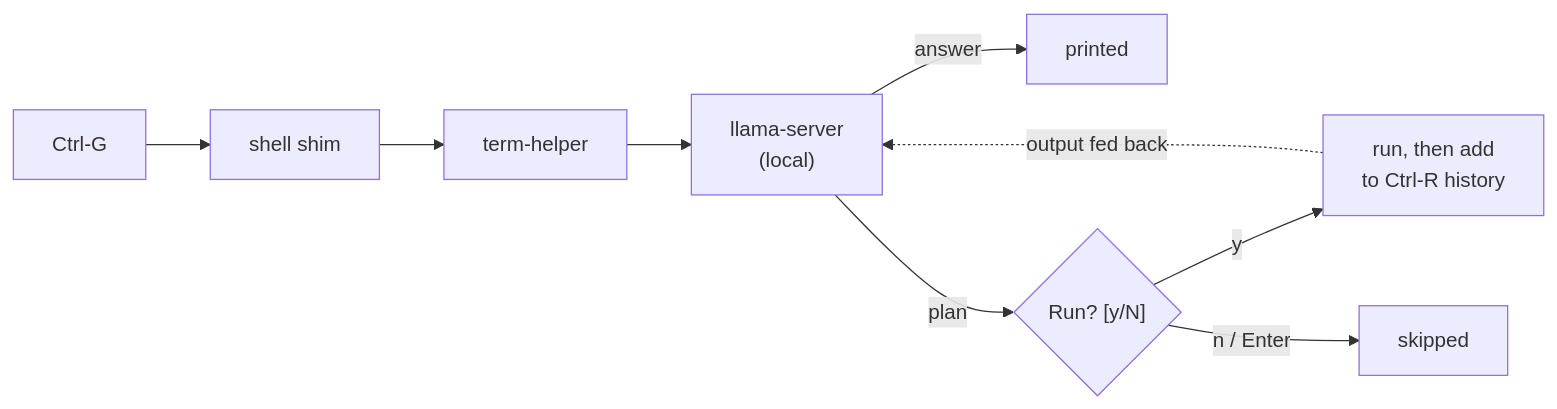
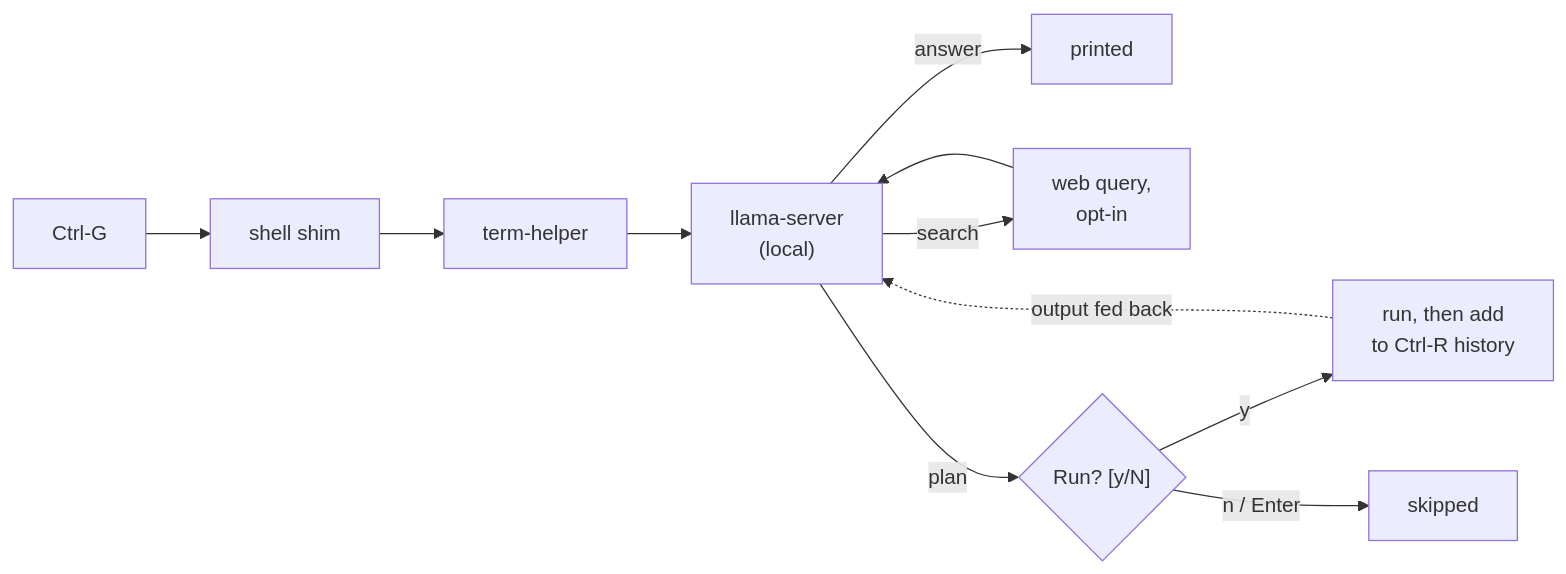
The diagram in README.md (kxzl/terminal-helper), drawn with Mermaid before and after one commit. The commit also changed other lines of this file and 14 other files, not shown here.

First line of the commit message:
Fix Ctrl-G/Ctrl-Y bindings; harden llama-server; add dynamic web search

````diff
--- a/README.md
+++ b/README.md
@@ -28,11 +210,13 @@
 ```mermaid
 flowchart LR
     K["Ctrl-G"] --> S["shell shim"]
     S --> C["term-helper"]
     C --> M["llama-server<br/>(local)"]
     M -- answer --> P["printed"]
+    M -- search --> W["web query,<br/>opt-in"]
+    W --> M
     M -- plan --> A{"Run? [y/N]"}
     A -- "y" --> R["run, then add<br/>to Ctrl-R history"]
     A -- "n / Enter" --> X["skipped"]
     R -. output fed back .-> M
 ```
````
